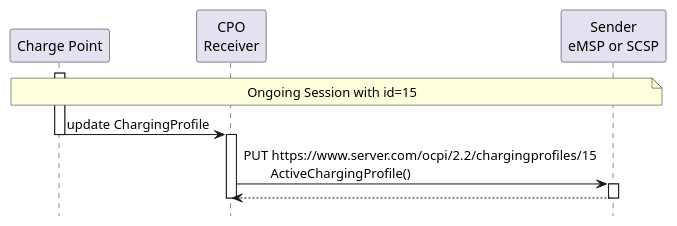
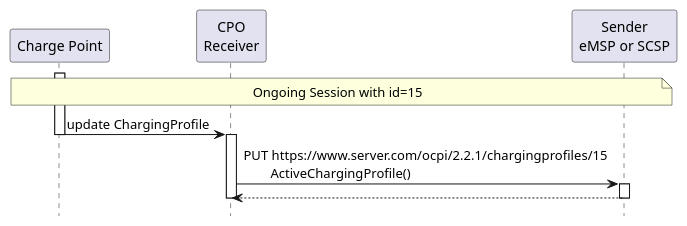
One commit to ocpi/ocpi changed the diagram in plantuml/sd_charging_profile_updated.plantuml. Above: the diagram before and after it, drawn with PlantUML. The commit also changed 13 other files, not shown here.

```diff
--- a/plantuml/sd_charging_profile_updated.plantuml
+++ b/plantuml/sd_charging_profile_updated.plantuml
@@ -1,20 +1,20 @@
 @startuml
 hide footbox
 
 participant "Charge Point" as CP
 participant "CPO\nReceiver" as CPO
 participant "Sender\neMSP or SCSP" as eMSP
 
 NOTE over eMSP, CP: Ongoing Session with id=15
 
 activate CP
 CP   ->  CPO:  update ChargingProfile
 deactivate CP
 activate CPO
-CPO  ->  eMSP: PUT https://www.server.com/ocpi/2.2/chargingprofiles/15\n        ActiveChargingProfile()
+CPO  ->  eMSP: PUT https://www.server.com/ocpi/2.2.1/chargingprofiles/15\n        ActiveChargingProfile()
 activate eMSP
 eMSP --> CPO
 deactivate CPO
 deactivate eMSP
 
 @enduml
```
